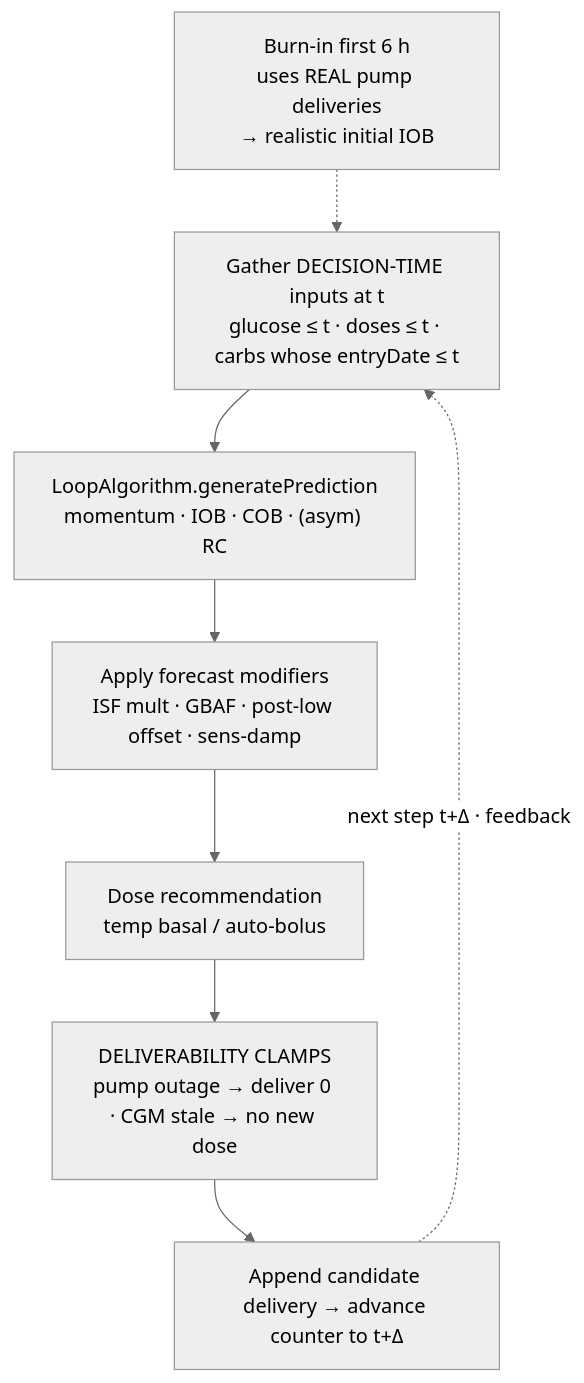
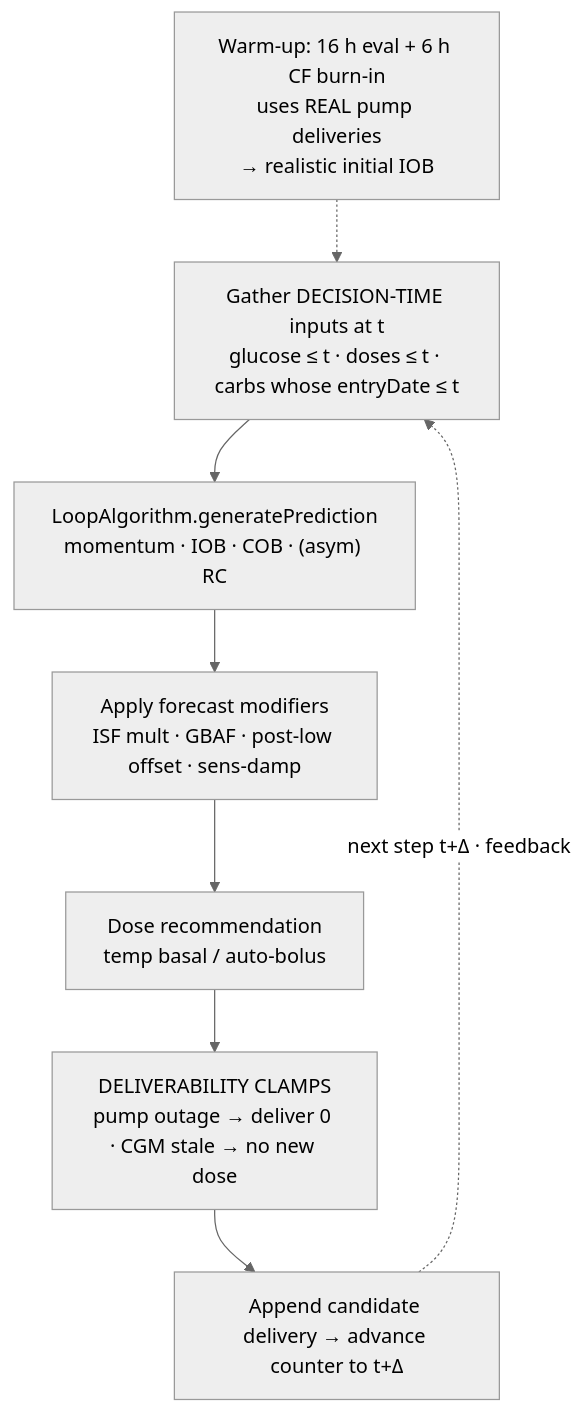
Before and after one commit to loopkitdev/LoopEval: the second of 3 diagrams in docs/simulator-guide/README.md, drawn with Mermaid (neutral theme). The commit also changed other lines of this file and 4 other files, not shown here.

````diff
--- a/docs/simulator-guide/README.md
+++ b/docs/simulator-guide/README.md
@@ -256,11 +357,11 @@
 ```mermaid
 flowchart TD
     A["Gather DECISION-TIME inputs at t<br/>glucose ≤ t · doses ≤ t · carbs whose entryDate ≤ t"]
     A --> B["LoopAlgorithm.generatePrediction<br/>momentum · IOB · COB · (asym) RC"]
     B --> C["Apply forecast modifiers<br/>ISF mult · GBAF · post-low offset · sens-damp"]
     C --> D["Dose recommendation<br/>temp basal / auto-bolus"]
     D --> E["DELIVERABILITY CLAMPS<br/>pump outage → deliver 0 · CGM stale → no new dose"]
     E --> F["Append candidate delivery → advance counter to t+Δ"]
     F -. "next step t+Δ · feedback" .-> A
-    G["Burn-in first 6 h<br/>uses REAL pump deliveries<br/>→ realistic initial IOB"] -.-> A
+    G["Warm-up: 16 h eval + 6 h CF burn-in<br/>uses REAL pump deliveries<br/>→ realistic initial IOB"] -.-> A
 ```
````
